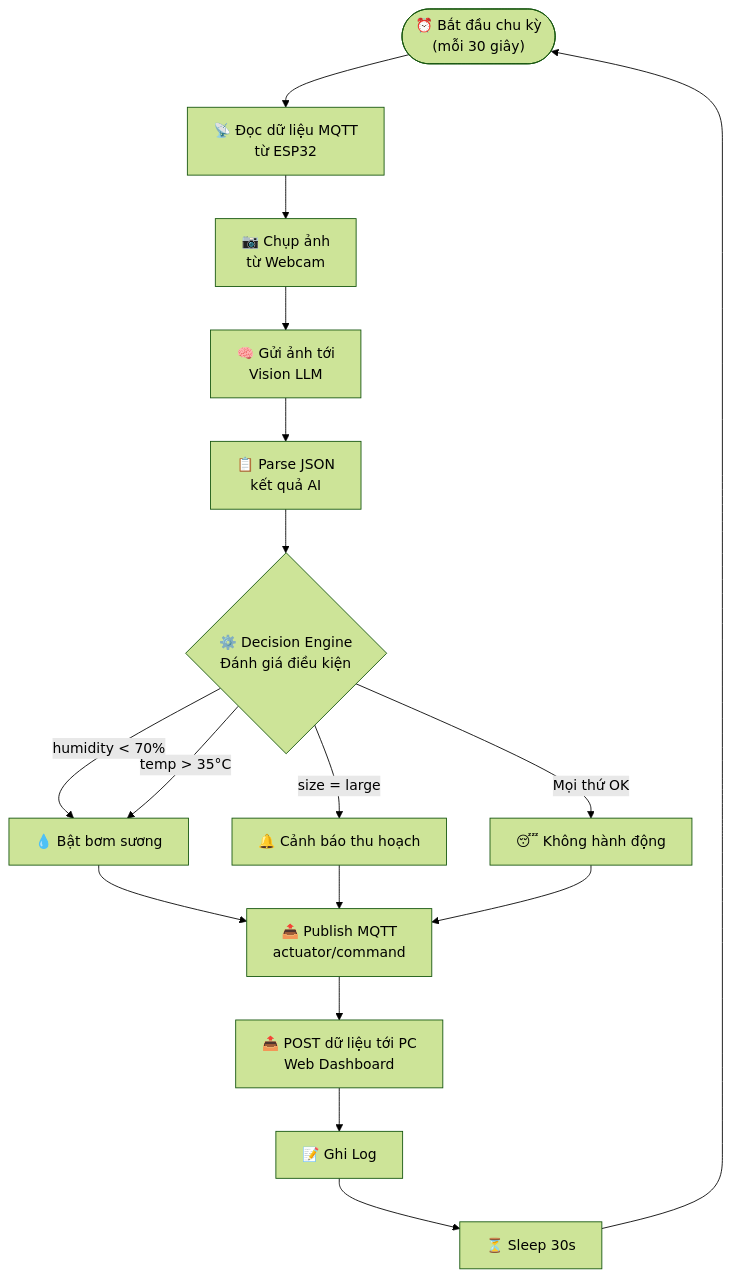
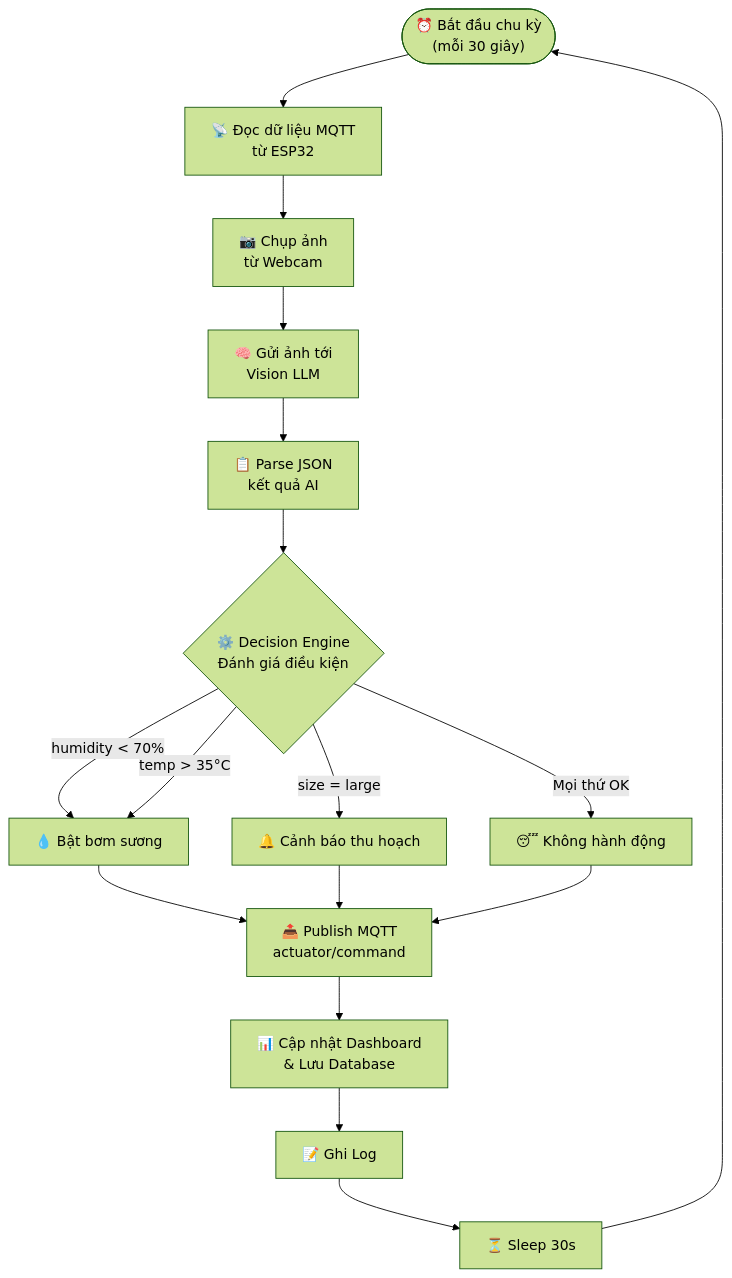
One commit to giahung25/IoT_project changed the fourth of 5 diagrams in 03_mo_ta_du_an.md. Above: the diagram before and after it, drawn with Mermaid (forest theme). The commit also changed other lines of this file and 39 other files, not shown here.

````diff
--- a/03_mo_ta_du_an.md
+++ b/03_mo_ta_du_an.md
@@ -300,22 +299,22 @@
 ```mermaid
 flowchart TD
     START(["⏰ Bắt đầu chu kỳ<br/>(mỗi 30 giây)"]) --> READ["📡 Đọc dữ liệu MQTT<br/>từ ESP32"]
     READ --> CAPTURE["📷 Chụp ảnh<br/>từ Webcam"]
     CAPTURE --> ANALYZE["🧠 Gửi ảnh tới<br/>Vision LLM"]
     ANALYZE --> PARSE["📋 Parse JSON<br/>kết quả AI"]
     PARSE --> DECISION{"⚙️ Decision Engine<br/>Đánh giá điều kiện"}
 
     DECISION -->|humidity < 70%| PUMP_ON["💧 Bật bơm sương"]
     DECISION -->|temp > 35°C| PUMP_ON
     DECISION -->|size = large| HARVEST["🔔 Cảnh báo thu hoạch"]
     DECISION -->|Mọi thứ OK| IDLE["😴 Không hành động"]
 
     PUMP_ON --> SEND["📤 Publish MQTT<br/>actuator/command"]
     HARVEST --> SEND
     IDLE --> SEND
 
-    SEND --> UPDATE["📤 POST dữ liệu tới PC<br/>Web Dashboard"]
+    SEND --> UPDATE["📊 Cập nhật Dashboard<br/>& Lưu Database"]
     UPDATE --> LOG["📝 Ghi Log"]
     LOG --> WAIT["⏳ Sleep 30s"]
     WAIT --> START
 ```
````
